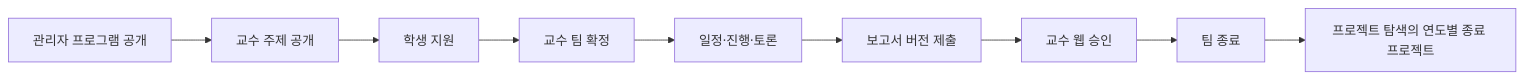
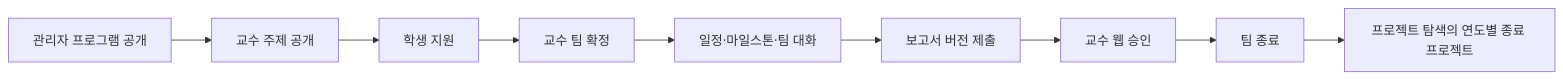
Before and after one commit to 2026-PNU-AI-StudyGroup/2026-pnuai-studygroup-01: the second of 2 diagrams in README.md, drawn with Mermaid. The commit also changed other lines of this file and 210 other files, not shown here.

````diff
--- a/README.md
+++ b/README.md
@@ -63,11 +63,11 @@
 ```mermaid
 flowchart LR
     Program["관리자 프로그램 공개"] --> Topic["교수 주제 공개"]
     Topic --> Apply["학생 지원"]
     Apply --> Confirm["교수 팀 확정"]
-    Confirm --> Work["일정·진행·토론"]
+    Confirm --> Work["일정·마일스톤·팀 대화"]
     Work --> Report["보고서 버전 제출"]
     Report --> Approval["교수 웹 승인"]
     Approval --> Close["팀 종료"]
     Close --> Archive["프로젝트 탐색의 연도별 종료 프로젝트"]
 ```
````
